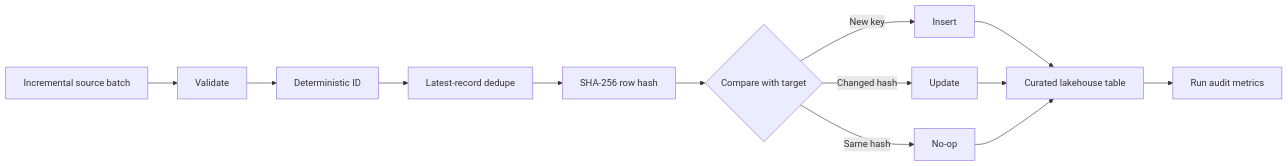
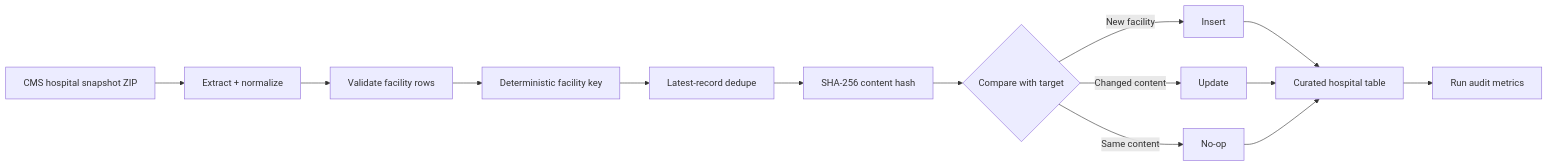
The diagram in README.md (Jayanth2429/reliable-lakehouse-pipeline), drawn with Mermaid before and after one commit. The commit also changed other lines of this file and 13 other files, not shown here.

Commit message:
Use public CMS hospital snapshots for incremental processing

````diff
--- a/README.md
+++ b/README.md
@@ -23,15 +27,16 @@
 ```mermaid
 flowchart LR
-    A[Incremental source batch] --> B[Validate]
-    B --> C[Deterministic ID]
-    C --> D[Latest-record dedupe]
-    D --> E[SHA-256 row hash]
-    E --> F{Compare with target}
-    F -->|New key| G[Insert]
-    F -->|Changed hash| H[Update]
-    F -->|Same hash| I[No-op]
-    G --> J[Curated lakehouse table]
-    H --> J
-    I --> J
-    J --> K[Run audit metrics]
+    A[CMS hospital snapshot ZIP] --> B[Extract + normalize]
+    B --> C[Validate facility rows]
+    C --> D[Deterministic facility key]
+    D --> E[Latest-record dedupe]
+    E --> F[SHA-256 content hash]
+    F --> G{Compare with target}
+    G -->|New facility| H[Insert]
+    G -->|Changed content| I[Update]
+    G -->|Same content| J[No-op]
+    H --> K[Curated hospital table]
+    I --> K
+    J --> K
+    K --> L[Run audit metrics]
 ```
````
